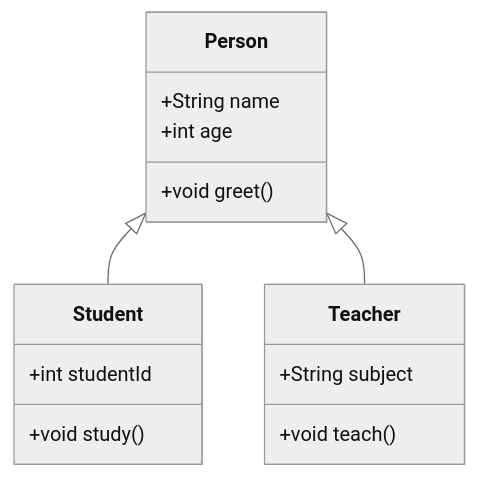
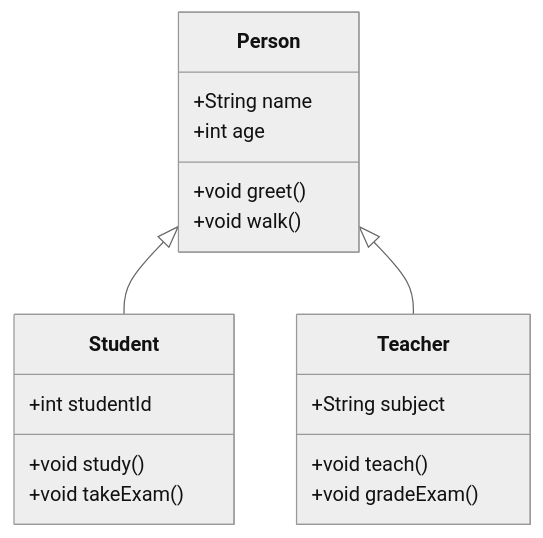
Before and after one commit to tdoug19/ENSE_370_Lab: the second of 2 diagrams in Lab-2/UMLRefresher.md, drawn with Mermaid (neutral theme). The commit also changed other lines of this file, not shown here.

Commit message:
Fixed Mermaid

````diff
--- a/Lab-2/UMLRefresher.md
+++ b/Lab-2/UMLRefresher.md
@@ -140,21 +57,24 @@
 ```mermaid
 classDiagram
     class Person {
         +String name
         +int age
         +void greet()
+        +void walk()
     }
 
     class Student {
         +int studentId
         +void study()
+        +void takeExam()
     }
 
     class Teacher {
         +String subject
         +void teach()
+        +void gradeExam()
     }
 
     Person <|-- Student
     Person <|-- Teacher
 ```
````
